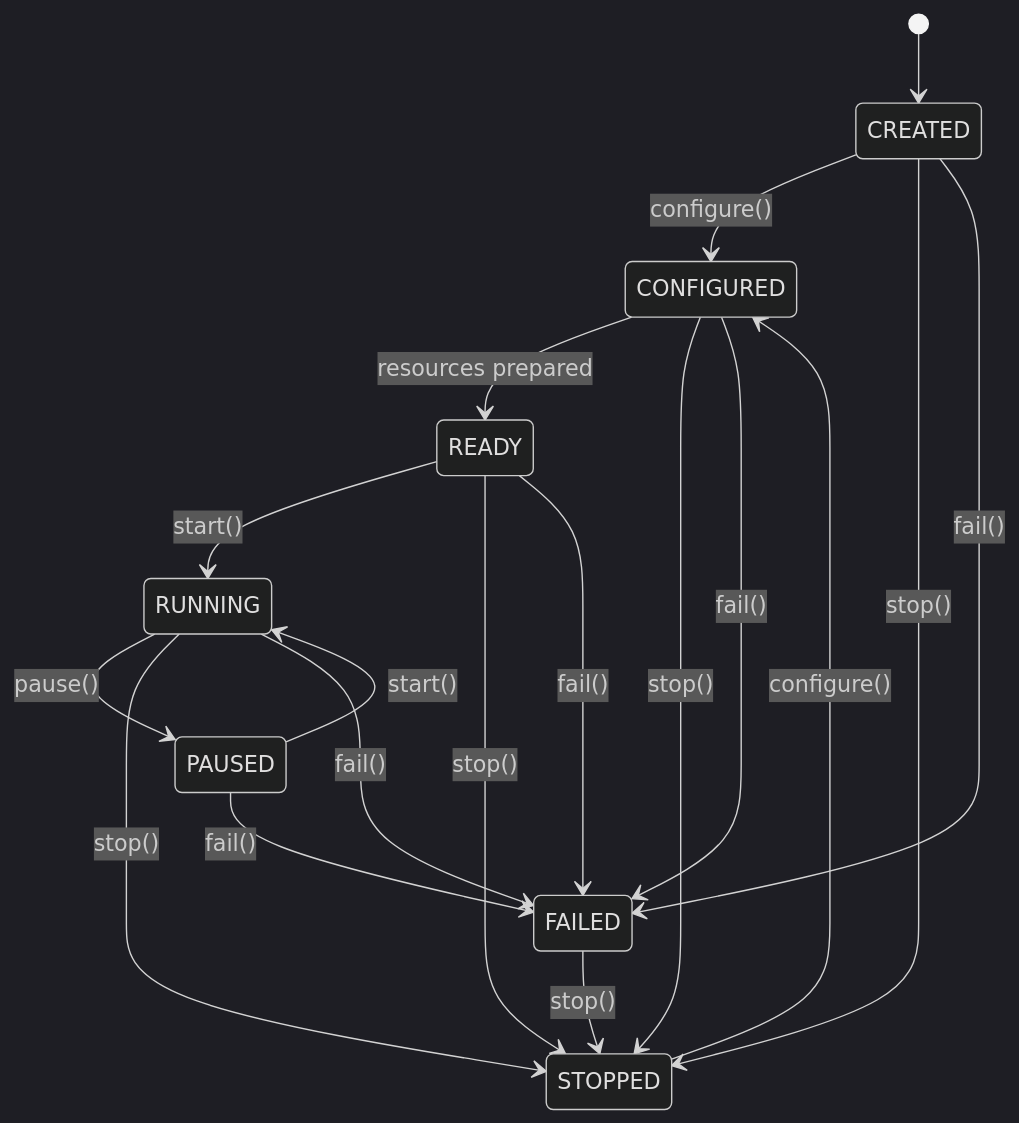
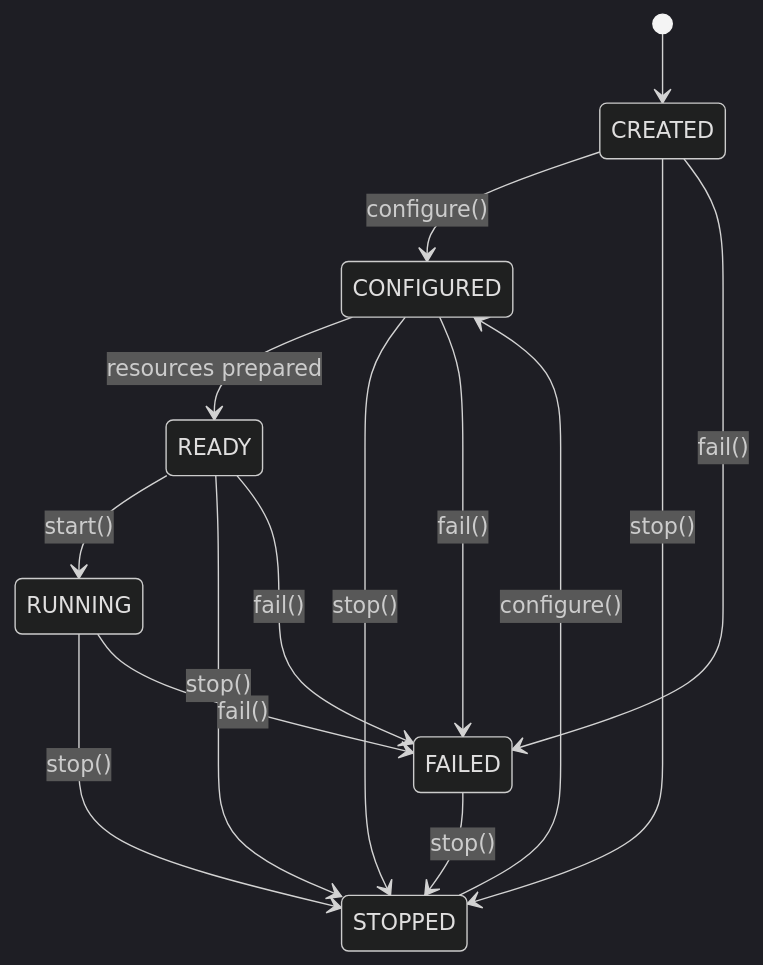
One commit to ivt-baug-ethz/fedora_platform changed the first of 2 diagrams in README.md. Above: the diagram before and after it, drawn with Mermaid (dark theme). The commit also changed other lines of this file and 29 other files, not shown here.

Commit message:
enhance: restructure information flows centered around orchestrator (#9)

````diff
--- a/README.md
+++ b/README.md
@@ -104,20 +105,17 @@
 ```mermaid
 stateDiagram-v2
     [*] --> CREATED
     CREATED --> CONFIGURED: configure()
     CONFIGURED --> READY: resources prepared
     READY --> RUNNING: start()
-    RUNNING --> PAUSED: pause()
-    PAUSED --> RUNNING: start()
     RUNNING --> STOPPED: stop()
     READY --> STOPPED: stop()
     CONFIGURED --> STOPPED: stop()
     CREATED --> STOPPED: stop()
     CREATED --> FAILED: fail()
     CONFIGURED --> FAILED: fail()
     READY --> FAILED: fail()
     RUNNING --> FAILED: fail()
-    PAUSED --> FAILED: fail()
     FAILED --> STOPPED: stop()
     STOPPED --> CONFIGURED: configure()
 ```
````
